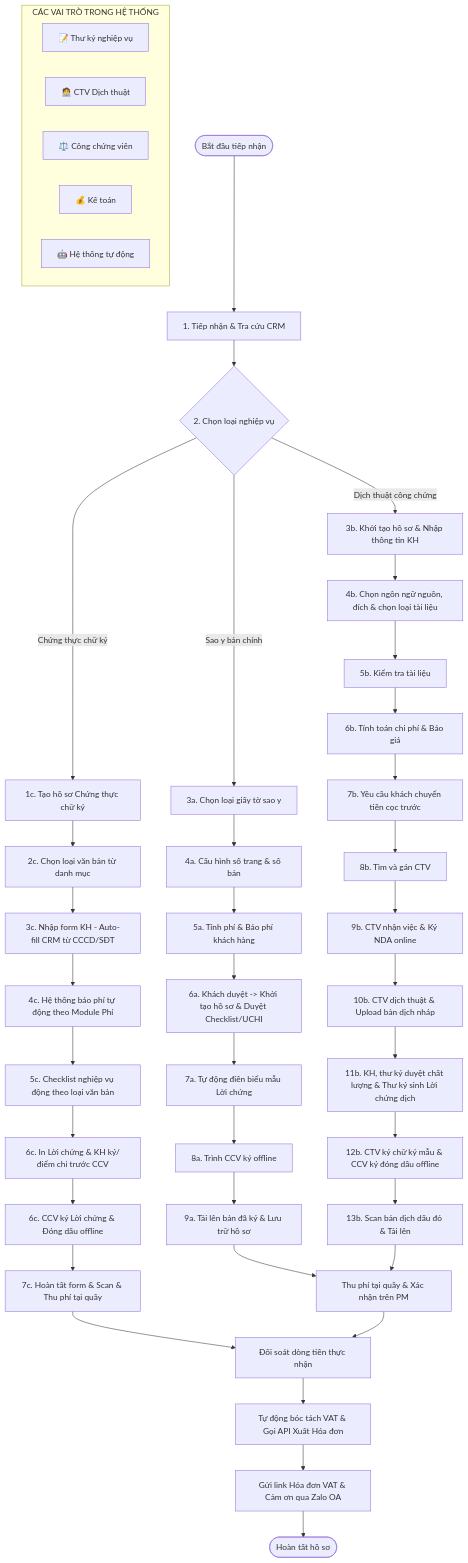
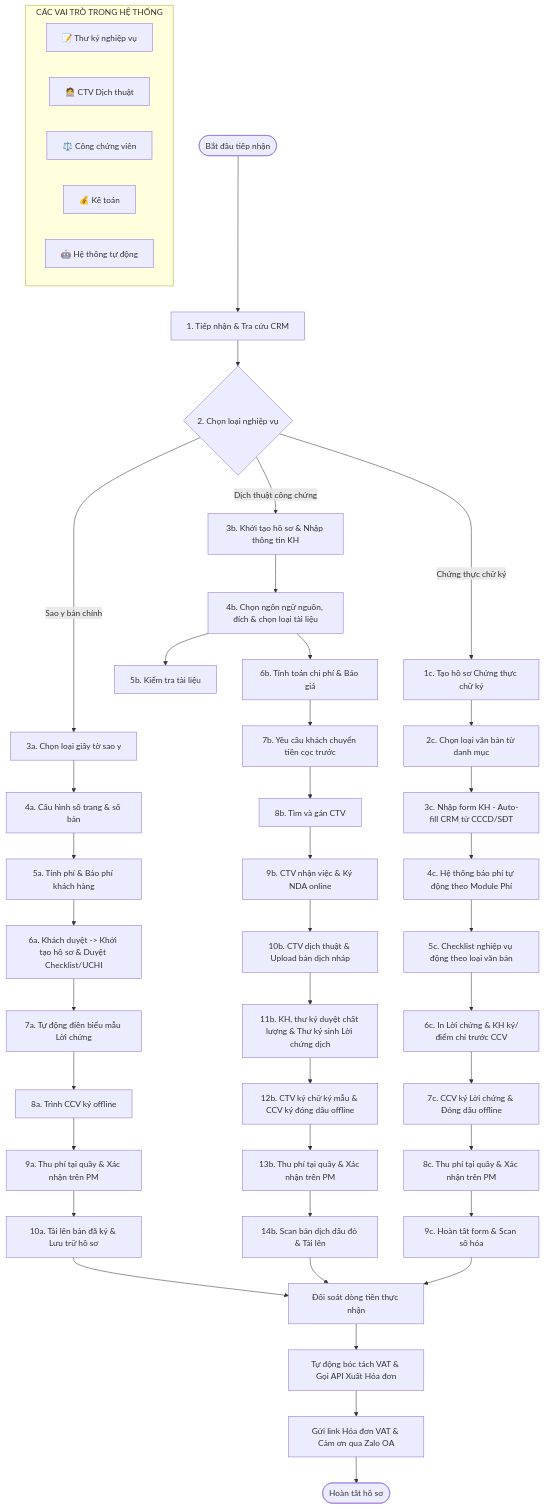
Before and after one commit to MinhHoang22/SRS_VPCC: the eighth of 8 diagrams in docs/SRS_VPCC.md, drawn with Mermaid. The commit also changed other lines of this file and 13 other files, not shown here.

````diff
--- a/docs/SRS_VPCC.md
+++ b/docs/SRS_VPCC.md
@@ -502,57 +502,59 @@
 ```mermaid
 flowchart TD
     subgraph Roles ["CÁC VAI TRÒ TRONG HỆ THỐNG"]
         direction LR
         R_Sec["📝 Thư ký nghiệp vụ"]
         R_CTV["🧑‍💻 CTV Dịch thuật"]
         R_CCV["⚖️ Công chứng viên"]
         R_Acc["💰 Kế toán"]
         R_Sys["🤖 Hệ thống tự động"]
     end
 
     %% General Workflow Sequence
     Start([Bắt đầu tiếp nhận]) --> Input[1. Tiếp nhận & Tra cứu CRM]
     Input --> ChooseBranch{2. Chọn loại nghiệp vụ}
 
     %% Branch 1: Sao y
     ChooseBranch -- Sao y bản chính --> SY_DocType[3a. Chọn loại giấy tờ sao y]
     SY_DocType --> SY_Config[4a. Cấu hình số trang & số bản]
     SY_Config --> SY_Calc[5a. Tính phí & Báo phí khách hàng]
     SY_Calc --> SY_Init[6a. Khách duyệt -> Khởi tạo hồ sơ & Duyệt Checklist/UCHI]
     SY_Init --> SY_Template[7a. Tự động điền biểu mẫu Lời chứng]
     SY_Template --> CCV_Sign_SY[8a. Trình CCV ký offline]
-    CCV_Sign_SY --> SY_Scan[9a. Tải lên bản đã ký & Lưu trữ hồ sơ]
+    CCV_Sign_SY --> CollectFee_SY[9a. Thu phí tại quầy & Xác nhận trên PM]
+    CollectFee_SY --> SY_Scan[10a. Tải lên bản đã ký & Lưu trữ hồ sơ]
 
     %% Branch 2: Dịch thuật
     ChooseBranch -- Dịch thuật công chứng --> DT_Input[3b. Khởi tạo hồ sơ & Nhập thông tin KH]
     DT_Input --> DT_Config[4b. Chọn ngôn ngữ nguồn, đích & chọn loại tài liệu]
     DT_Config --> DT_CHECKLIST[5b. Kiểm tra tài liệu]
-    DT_CHECKLIST --> DT_CALCULATE[6b. Tính toán chi phí & Báo giá]
+    DT_Config --> DT_CALCULATE[6b. Tính toán chi phí & Báo giá]
     DT_CALCULATE --> DT_DEPOSIT[7b. Yêu cầu khách chuyển tiền cọc trước]
     DT_DEPOSIT --> DT_SEARCH[8b. Tìm và gán CTV]
     DT_SEARCH -->  DT_Assign[9b. CTV nhận việc & Ký NDA online]
     DT_Assign --> DT_Translate[10b. CTV dịch thuật & Upload bản dịch nháp]
     DT_Translate --> DT_Check[11b. KH, thư ký duyệt chất lượng & Thư ký sinh Lời chứng dịch]
     DT_Check --> CTV_Sign_DT[12b. CTV ký chữ ký mẫu & CCV ký đóng dấu offline]
-    CTV_Sign_DT --> DT_Scan[13b. Scan bản dịch dấu đỏ & Tải lên]
+    CTV_Sign_DT --> CollectFee_DT[13b. Thu phí tại quầy & Xác nhận trên PM]
+    CollectFee_DT --> DT_Scan[14b. Scan bản dịch dấu đỏ & Tải lên]
 
     %% Branch 3: Chứng thực chữ ký (7 bước mới)
     ChooseBranch -- Chứng thực chữ ký --> CT_Create[1c. Tạo hồ sơ Chứng thực chữ ký]
     CT_Create --> CT_DocType[2c. Chọn loại văn bản từ danh mục]
     CT_DocType --> CT_CRM[3c. Nhập form KH - Auto-fill CRM từ CCCD/SĐT]
     CT_CRM --> CT_Fee[4c. Hệ thống báo phí tự động theo Module Phí]
     CT_Fee --> CT_Checklist[5c. Checklist nghiệp vụ động theo loại văn bản]
     CT_Checklist --> CT_Print[6c. In Lời chứng & KH ký/điểm chỉ trước CCV]
-    CT_Print --> CCV_Sign_CT[6c. CCV ký Lời chứng & Đóng dấu offline]
-    CCV_Sign_CT --> CT_Complete[7c. Hoàn tất form & Scan & Thu phí tại quầy]
+    CT_Print --> CCV_Sign_CT[7c. CCV ký Lời chứng & Đóng dấu offline]
+    CCV_Sign_CT --> CollectFee_CT[8c. Thu phí tại quầy & Xác nhận trên PM]
+    CollectFee_CT --> CT_Scan[9c. Hoàn tất form & Scan số hóa]
 
     %% Common End Phase
-    SY_Scan --> CollectFee[Thu phí tại quầy & Xác nhận trên PM]
-    DT_Scan --> CollectFee
-    CT_Complete --> AccReconcile
+    SY_Scan --> AccReconcile[Đối soát dòng tiền thực nhận]
+    DT_Scan --> AccReconcile
+    CT_Scan --> AccReconcile
 
-    CollectFee --> AccReconcile[Đối soát dòng tiền thực nhận]
     AccReconcile --> SysInvoice[Tự động bóc tách VAT & Gọi API Xuất Hóa đơn]
     SysInvoice --> ZaloSend[Gửi link Hóa đơn VAT & Cảm ơn qua Zalo OA]
     ZaloSend --> EndNode([Hoàn tất hồ sơ])
 ```
````
